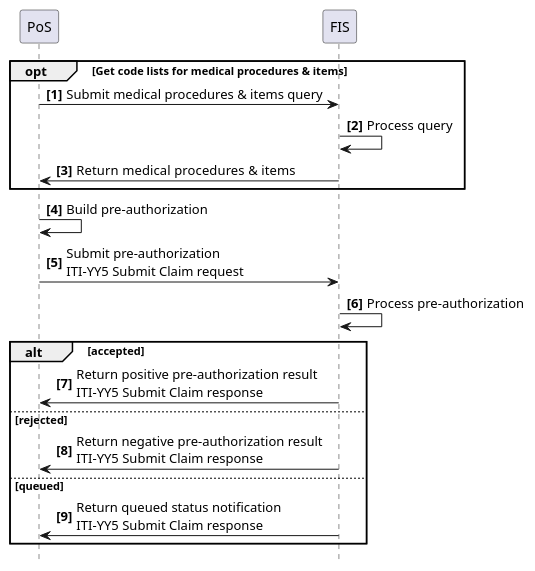
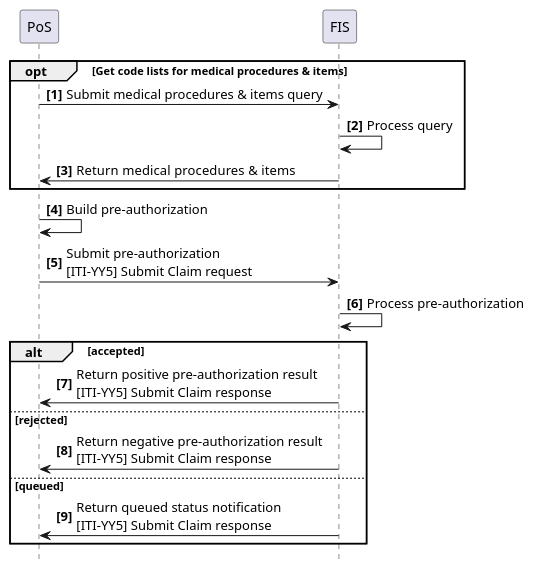
The diagram in input/images-source/usecase5-processflow.plantuml (IHE/ITI.Finance), drawn with PlantUML before and after one commit. The commit also changed 7 other files, not shown here.

Commit message:
Fixed typo in transaction numbers in tables and diagrams.  Fixes #10.

```diff
--- a/input/images-source/usecase5-processflow.plantuml
+++ b/input/images-source/usecase5-processflow.plantuml
@@ -1,29 +1,29 @@
 @startuml
 skinparam svgDimensionStyle false
 hide footbox
 autonumber "<b>[0]"
 
 participant PoS
 participant FIS
 
 
 opt Get code lists for medical procedures & items
 	PoS -> FIS: Submit medical procedures & items query
 	FIS -> FIS: Process query
 	FIS -> PoS: Return  medical procedures & items
 end opt
  
 
 PoS -> PoS: Build pre-authorization
-PoS -> FIS: Submit pre-authorization\nITI-YY5 Submit Claim request
+PoS -> FIS: Submit pre-authorization\n&#91;ITI-YY5&#93; Submit Claim request
 FIS -> FIS: Process pre-authorization
 
 alt accepted
-	FIS -> PoS: Return positive pre-authorization result\nITI-YY5 Submit Claim response
+	FIS -> PoS: Return positive pre-authorization result\n&#91;ITI-YY5&#93; Submit Claim response
 else rejected
-	FIS -> PoS: Return negative pre-authorization result\nITI-YY5 Submit Claim response
+	FIS -> PoS: Return negative pre-authorization result\n&#91;ITI-YY5&#93; Submit Claim response
 else queued
-	FIS -> PoS: Return queued status notification\nITI-YY5 Submit Claim response
+	FIS -> PoS: Return queued status notification\n&#91;ITI-YY5&#93; Submit Claim response
 end
 
 @enduml
```
